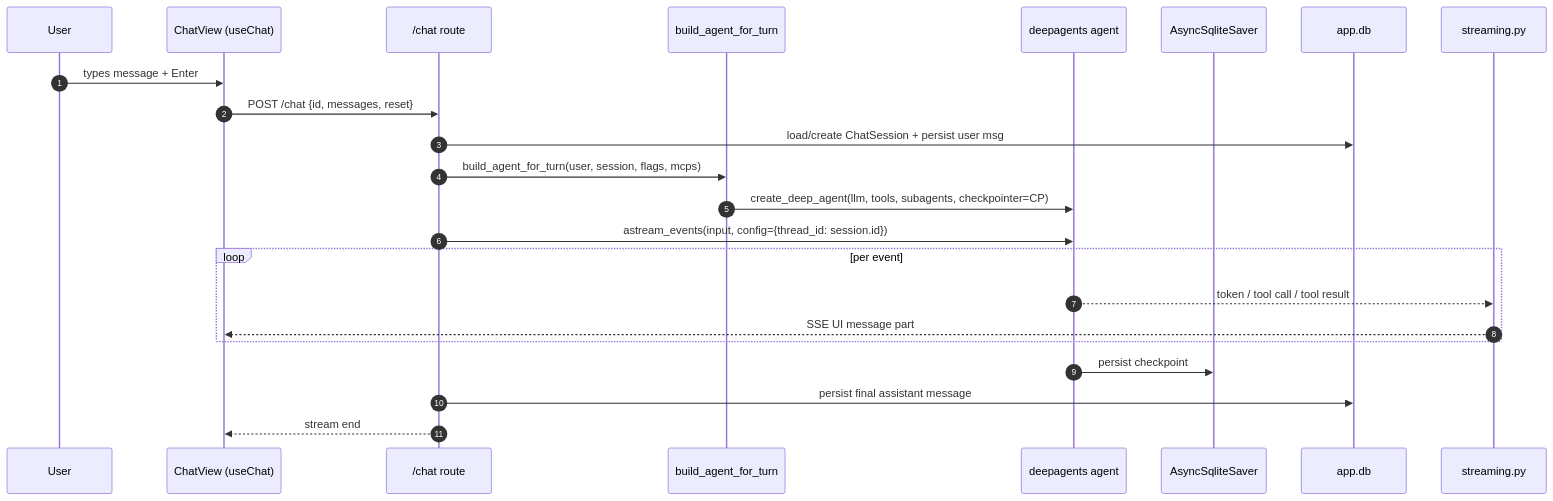
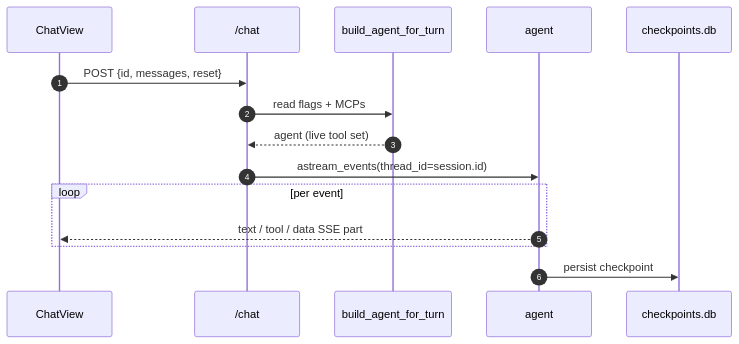
Before and after one commit to miskibin/local-code: the diagram in docs/src/content/docs/request-lifecycle.md, drawn with Mermaid. The commit also changed other lines of this file and 17 other files, not shown here.

````diff
--- a/docs/src/content/docs/request-lifecycle.md
+++ b/docs/src/content/docs/request-lifecycle.md
@@ -11,26 +6,18 @@
 ```mermaid
 sequenceDiagram
     autonumber
-    participant U as User
-    participant FE as ChatView (useChat)
-    participant API as /chat route
+    participant FE as ChatView
+    participant API as /chat
     participant BL as build_agent_for_turn
-    participant AG as deepagents agent
-    participant CP as AsyncSqliteSaver
-    participant DB as app.db
-    participant ST as streaming.py
+    participant AG as agent
+    participant CP as checkpoints.db
 
-    U->>FE: types message + Enter
-    FE->>API: POST /chat {id, messages, reset}
-    API->>DB: load/create ChatSession + persist user msg
-    API->>BL: build_agent_for_turn(user, session, flags, mcps)
-    BL->>AG: create_deep_agent(llm, tools, subagents, checkpointer=CP)
-    API->>AG: astream_events(input, config={thread_id: session.id})
+    FE->>API: POST {id, messages, reset}
+    API->>BL: read flags + MCPs
+    BL-->>API: agent (live tool set)
+    API->>AG: astream_events(thread_id=session.id)
     loop per event
-      AG-->>ST: token / tool call / tool result
-      ST-->>FE: SSE UI message part
+      AG-->>FE: text / tool / data SSE part
     end
     AG->>CP: persist checkpoint
-    API->>DB: persist final assistant message
-    API-->>FE: stream end
 ```
````
